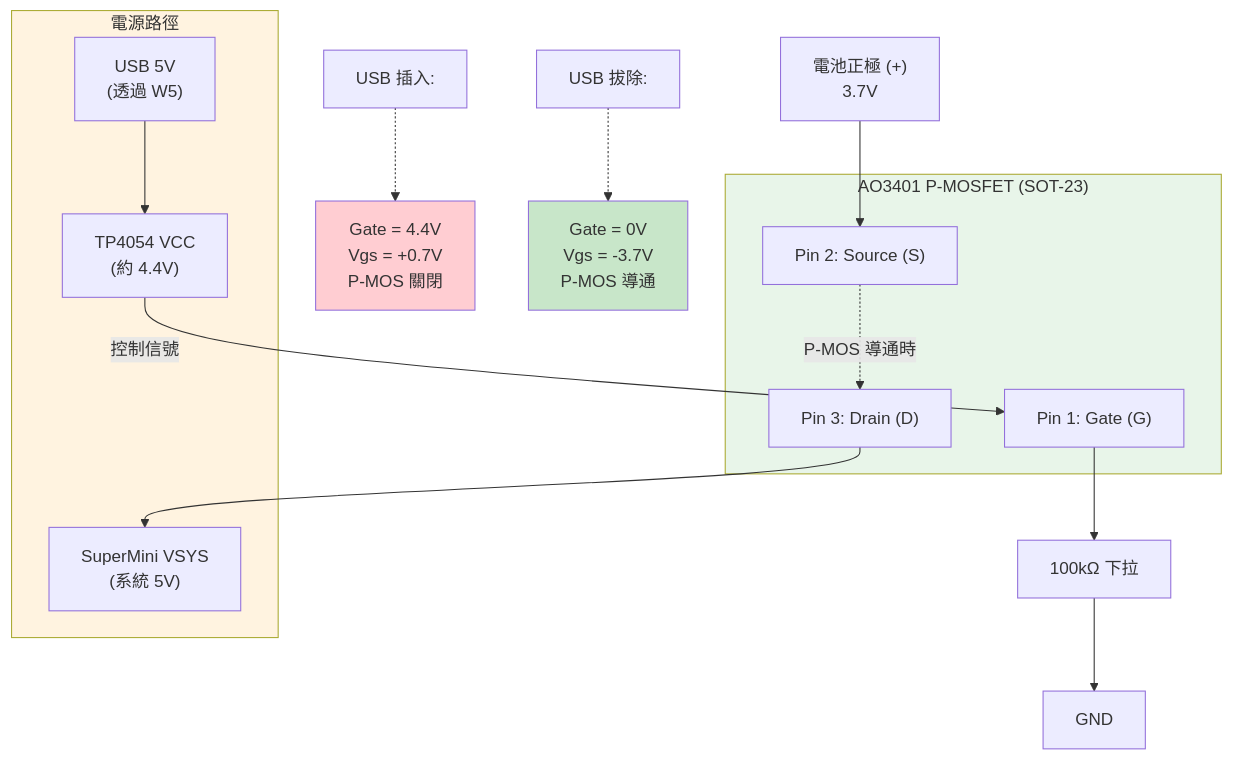
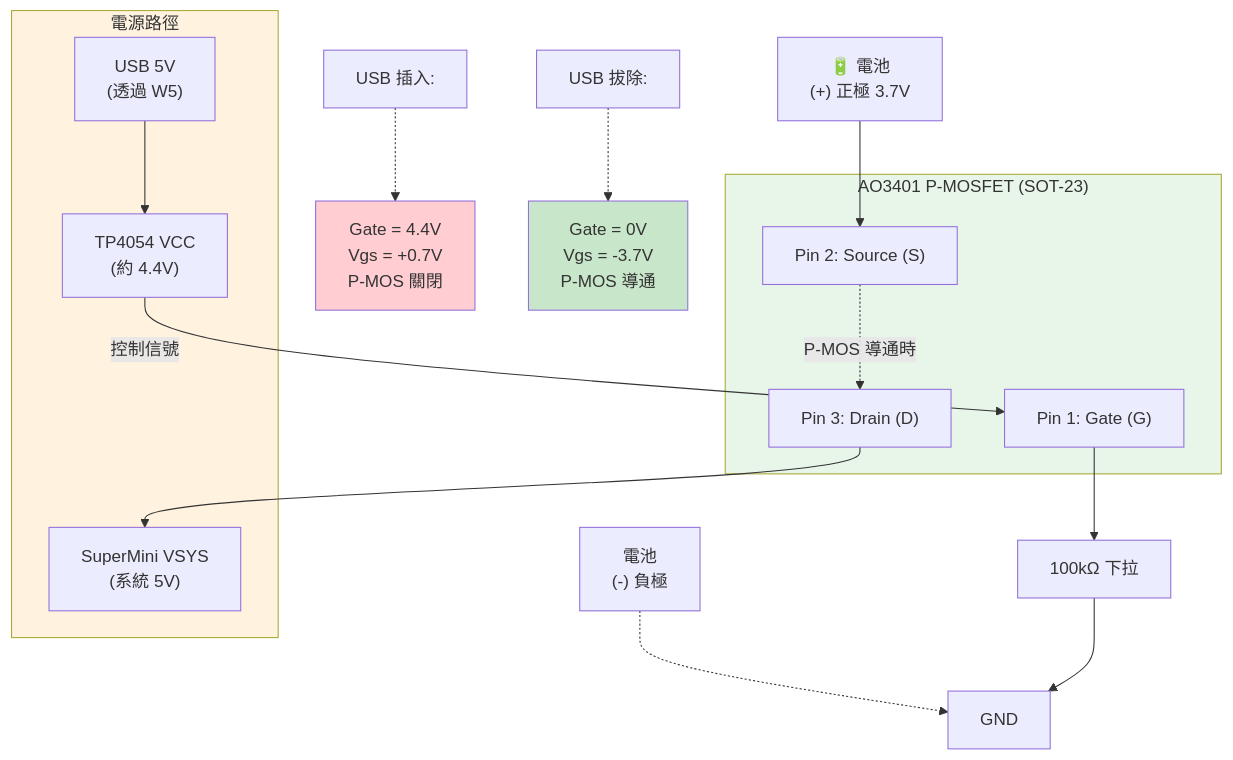
Before and after one commit to DanielYJHsieh/esp32c3: the third of 5 diagrams in battery_management/hardware/WIRING_DIAGRAM.md, drawn with Mermaid. The commit also changed other lines of this file and 1 other file, not shown here.

````diff
--- a/battery_management/hardware/WIRING_DIAGRAM.md
+++ b/battery_management/hardware/WIRING_DIAGRAM.md
@@ -205,31 +211,32 @@
 ```mermaid
 graph TB
     subgraph POWER_PATH["電源路徑"]
         USB5V["USB 5V<br/>(透過 W5)"] 
         TP4054_VCC["TP4054 VCC<br/>(約 4.4V)"]
         VSYS["SuperMini VSYS<br/>(系統 5V)"]
     end
     
     subgraph AO3401["AO3401 P-MOSFET (SOT-23)"]
         GATE["Pin 1: Gate (G)"]
         SOURCE["Pin 2: Source (S)"]
         DRAIN["Pin 3: Drain (D)"]
     end
     
-    BAT_P["電池正極 (+)<br/>3.7V"] --> SOURCE
+    BAT_P["🔋 電池<br/>(+) 正極 3.7V"] --> SOURCE
+    BAT_N["電池<br/>(-) 負極"] -.-> GND2
     SOURCE -.->|P-MOS 導通時| DRAIN
     DRAIN --> VSYS
     
     USB5V --> TP4054_VCC
     TP4054_VCC -->|控制信號| GATE
     GATE --> R_GATE["100kΩ 下拉"]
     R_GATE --> GND2["GND"]
     
     USB_ON["USB 插入:"] -.-> STATE1["Gate = 4.4V<br/>Vgs = +0.7V<br/>P-MOS 關閉"]
     USB_OFF["USB 拔除:"] -.-> STATE2["Gate = 0V<br/>Vgs = -3.7V<br/>P-MOS 導通"]
     
     style AO3401 fill:#e8f5e9
     style POWER_PATH fill:#fff3e0
     style STATE1 fill:#ffcdd2
     style STATE2 fill:#c8e6c9
 ```
````
